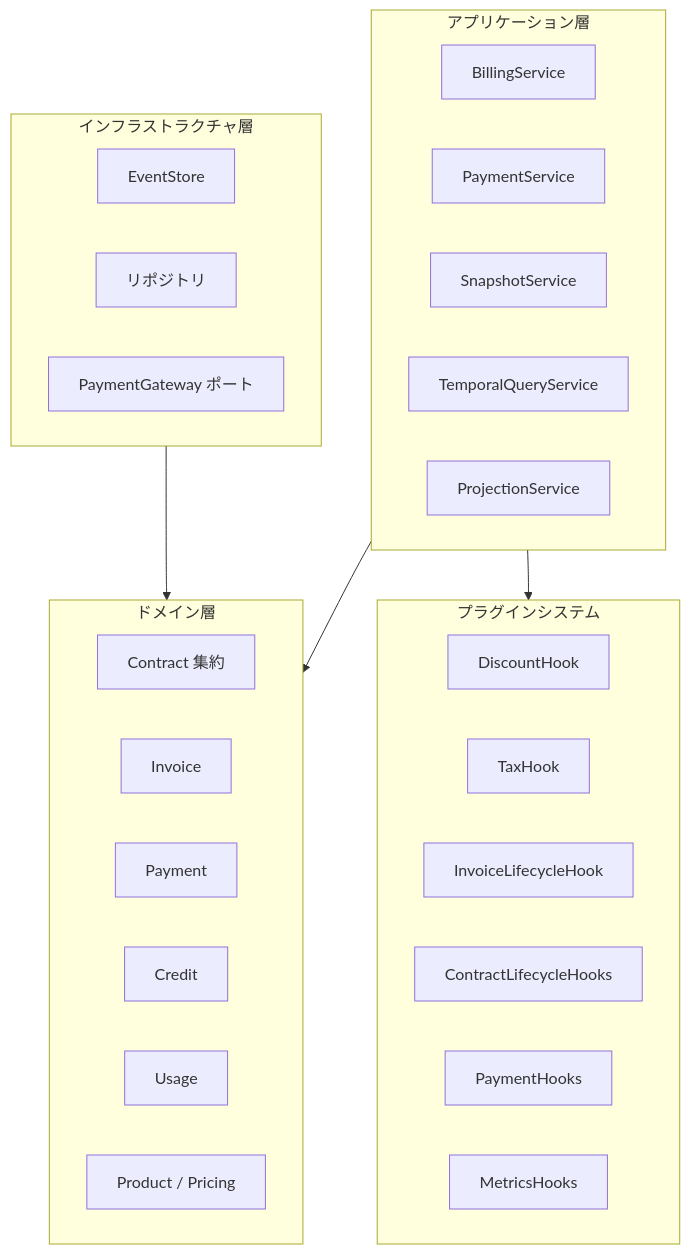
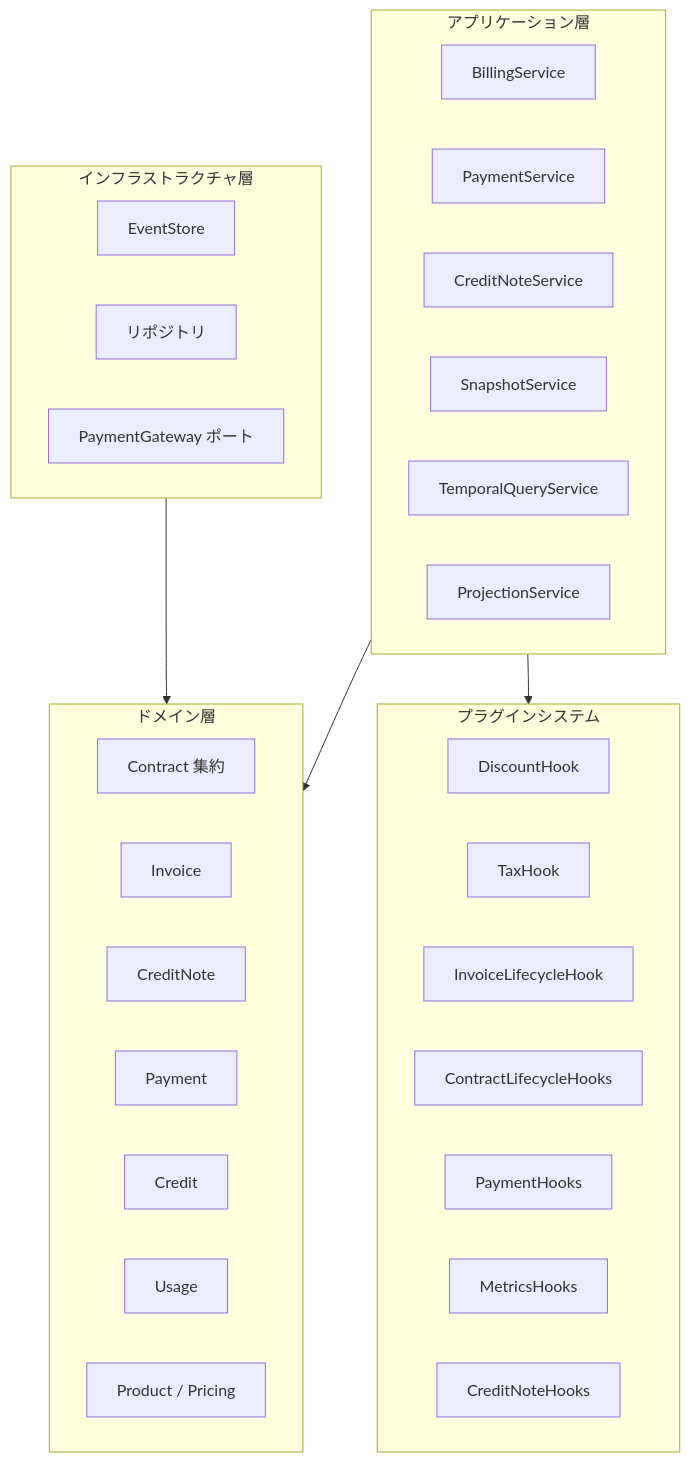
One commit to contract-to-cash/core changed the diagram in website/i18n/ja/docusaurus-plugin-content-docs/current/introduction.md. Above: the diagram before and after it, drawn with Mermaid. The commit also changed other lines of this file and 16 other files, not shown here.

````diff
--- a/website/i18n/ja/docusaurus-plugin-content-docs/current/introduction.md
+++ b/website/i18n/ja/docusaurus-plugin-content-docs/current/introduction.md
@@ -29,34 +30,37 @@
 ```mermaid
 graph TD
     subgraph アプリケーション層
         BS[BillingService]
         PS[PaymentService]
+        CNS[CreditNoteService]
         SS[SnapshotService]
         TQ[TemporalQueryService]
         PJ[ProjectionService]
     end
     subgraph ドメイン層
         C[Contract 集約]
         I[Invoice]
+        CN[CreditNote]
         P[Payment]
         CR[Credit]
         U[Usage]
         PR[Product / Pricing]
     end
     subgraph プラグインシステム
         DH[DiscountHook]
         TH[TaxHook]
         ILH[InvoiceLifecycleHook]
         CLH[ContractLifecycleHooks]
         PH[PaymentHooks]
         MH[MetricsHooks]
+        CNH[CreditNoteHooks]
     end
     subgraph インフラストラクチャ層
         ES[EventStore]
         RP[リポジトリ]
         PG[PaymentGateway ポート]
     end
     アプリケーション層 --> ドメイン層
     アプリケーション層 --> プラグインシステム
     インフラストラクチャ層 --> ドメイン層
 ```
````
